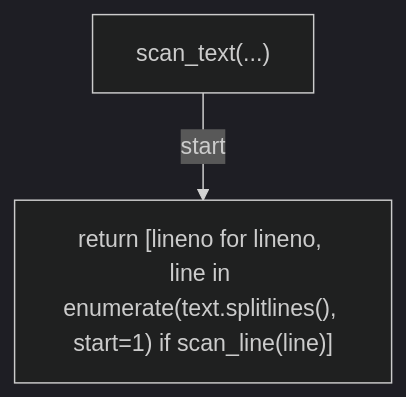
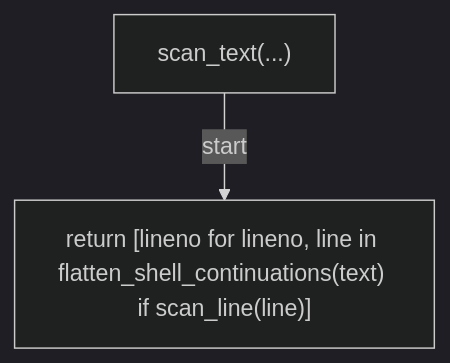
Before and after one commit to tvna/claude-md: the second of 7 diagrams in docs/generated/scripts/ast/scan_workflow_pip.md, drawn with Mermaid (dark theme). The commit also changed 7 other files, not shown here.

First line of the commit message:
docs(generated): regenerate decision tree and workflow diagrams

````diff
--- a/docs/generated/scripts/ast/scan_workflow_pip.md
+++ b/docs/generated/scripts/ast/scan_workflow_pip.md
@@ -24,6 +24,6 @@
 ```mermaid
 flowchart TD
     N001["scan_text(...)"]
-    N002["return [lineno for lineno, line in enumerate(text.splitlines(), start=1) if scan_line(line)]"]
+    N002["return [lineno for lineno, line in flatten_shell_continuations(text) if scan_line(line)]"]
     N001 -->|"start"| N002
 ```
````
